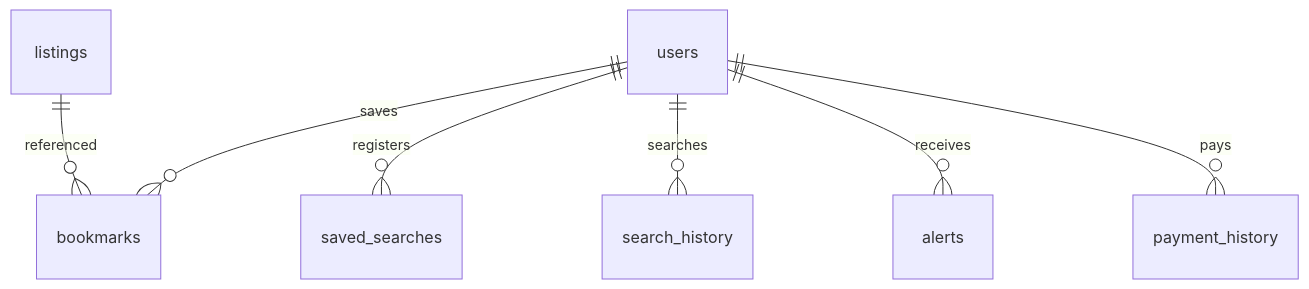
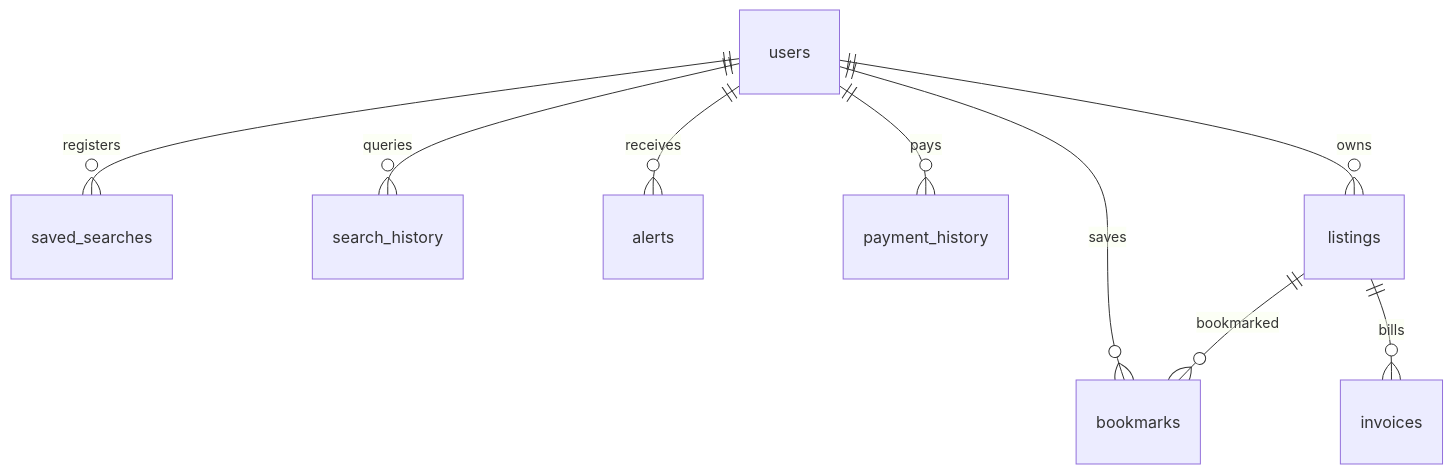
Before and after one commit to rimuakter057/modevin_backup: the diagram in README.md, drawn with Mermaid. The commit also changed other lines of this file and 24 other files, not shown here.

````diff
--- a/README.md
+++ b/README.md
@@ -70,9 +428,11 @@
 ```mermaid
 erDiagram
     users ||--o{ bookmarks : saves
     users ||--o{ saved_searches : registers
-    users ||--o{ search_history : searches
+    users ||--o{ search_history : queries
     users ||--o{ alerts : receives
     users ||--o{ payment_history : pays
-    listings ||--o{ bookmarks : referenced
+    users ||--o{ listings : owns
+    listings ||--o{ bookmarks : bookmarked
+    listings ||--o{ invoices : bills
 ```
````
